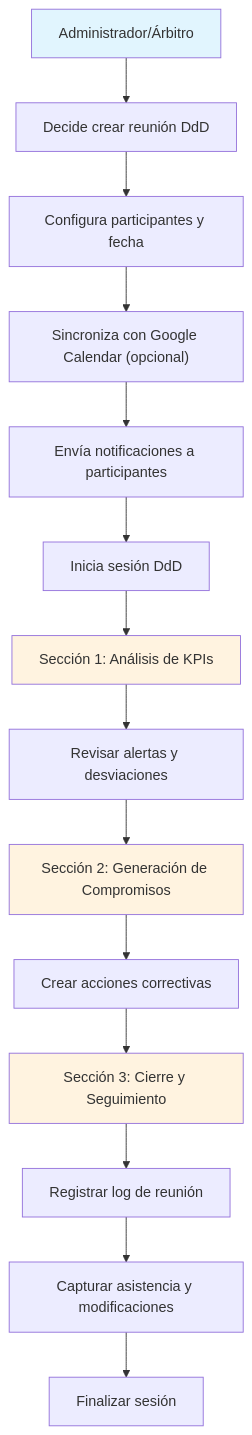
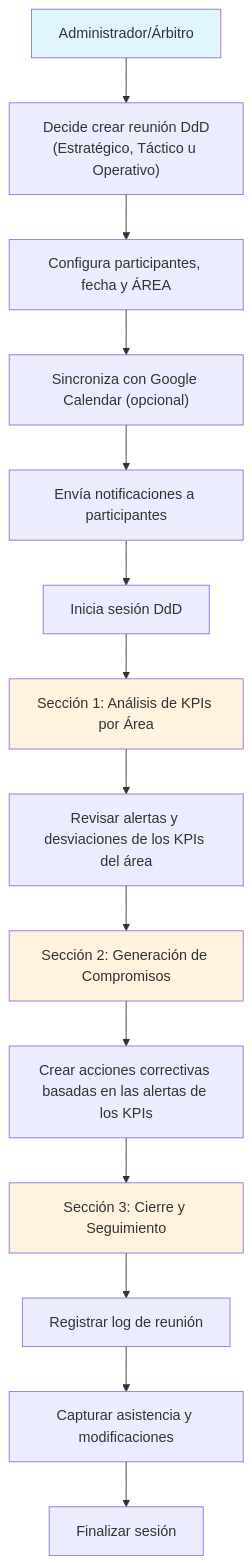
The fifth of 6 diagrams in readmeEjecutivo.md (ColDev-Colivoro/Proyecto-Estandarizaci-n-normalizacion-Nutrisco), drawn with Mermaid before and after one commit. The commit also changed other lines of this file and 2 other files, not shown here.

````diff
--- a/readmeEjecutivo.md
+++ b/readmeEjecutivo.md
@@ -269,22 +288,22 @@
 ```mermaid
 flowchart TD
-  A["Administrador/Árbitro"] --> B["Decide crear reunión DdD"]
-  B --> C["Configura participantes y fecha"]
+  A["Administrador/Árbitro"] --> B["Decide crear reunión DdD<br/>(Estratégico, Táctico u Operativo)"]
+  B --> C["Configura participantes, fecha y ÁREA"]
   C --> D["Sincroniza con Google Calendar (opcional)"]
   D --> E["Envía notificaciones a participantes"]
   E --> F["Inicia sesión DdD"]
   
-  F --> G["Sección 1: Análisis de KPIs"]
-  G --> H["Revisar alertas y desviaciones"]
+  F --> G["Sección 1: Análisis de KPIs por Área"]
+  G --> H["Revisar alertas y desviaciones de los KPIs del área"]
   H --> I["Sección 2: Generación de Compromisos"]
-  I --> J["Crear acciones correctivas"]
+  I --> J["Crear acciones correctivas basadas en las alertas de los KPIs"]
   J --> K["Sección 3: Cierre y Seguimiento"]
   K --> L["Registrar log de reunión"]
   L --> M["Capturar asistencia y modificaciones"]
   M --> N["Finalizar sesión"]
   
   style A fill:#e1f5fe
   style G fill:#fff3e0
   style I fill:#fff3e0
   style K fill:#fff3e0
 ```
````
